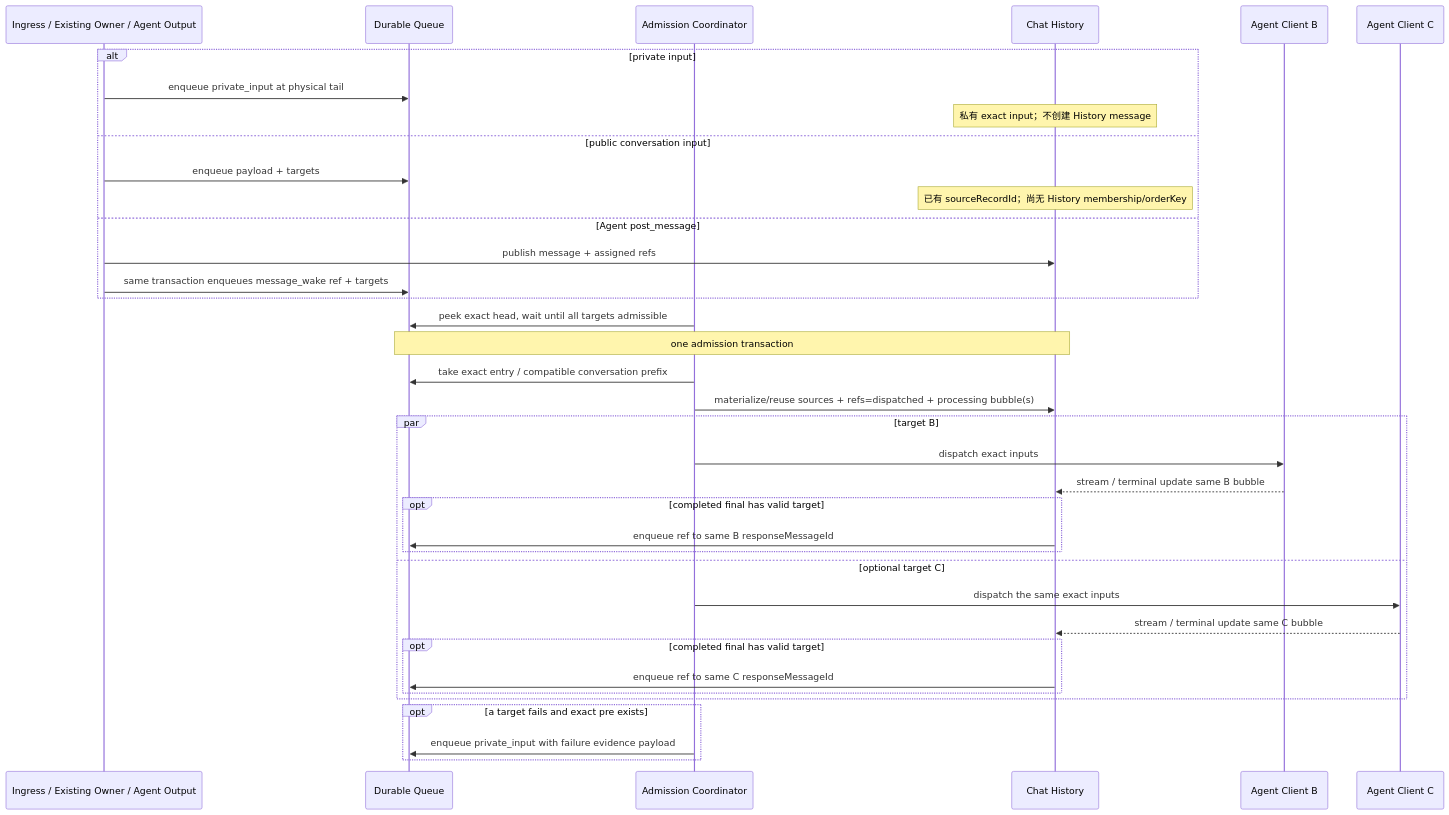
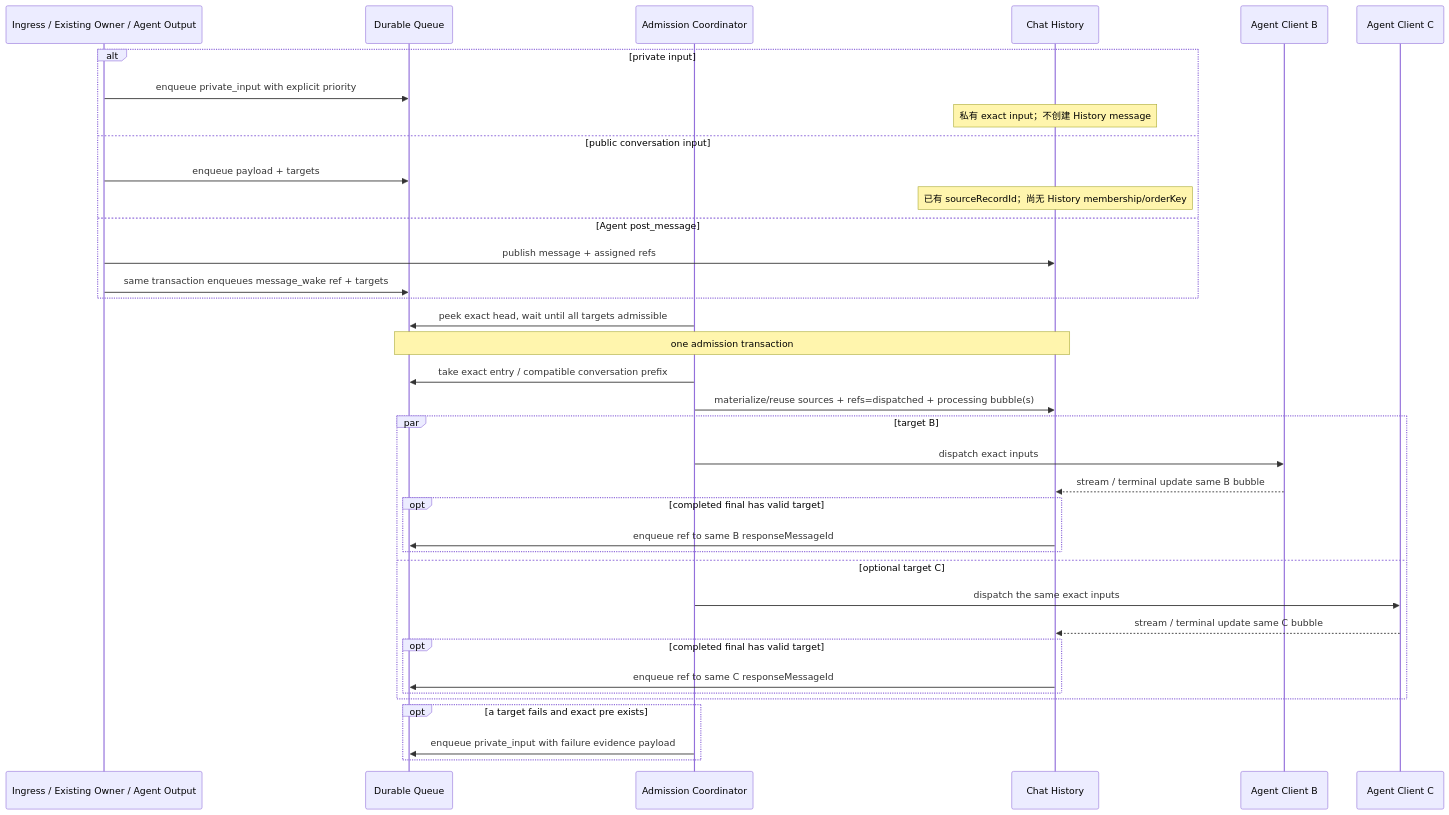
One commit to zts212653/clowder-ai changed the eighth of 8 diagrams in docs/architecture/message-delivery-handling-handoff-audit.md. Above: the diagram before and after it, drawn with Mermaid. The commit also changed other lines of this file, not shown here.

First line of the commit message:
docs(architecture): clarify Queue lifecycle contracts

````diff
--- a/docs/architecture/message-delivery-handling-handoff-audit.md
+++ b/docs/architecture/message-delivery-handling-handoff-audit.md
@@ -681,40 +700,40 @@
 ```mermaid
 sequenceDiagram
     participant I as Ingress / Existing Owner / Agent Output
     participant Q as Durable Queue
     participant S as Admission Coordinator
     participant H as Chat History
     participant B as Agent Client B
     participant C as Agent Client C
 
     alt private input
-        I->>Q: enqueue private_input at physical tail
+        I->>Q: enqueue private_input with explicit priority
         Note over H: 私有 exact input；不创建 History message
     else public conversation input
         I->>Q: enqueue payload + targets
         Note over H: 已有 sourceRecordId；尚无 History membership/orderKey
     else Agent post_message
         I->>H: publish message + assigned refs
         I->>Q: same transaction enqueues message_wake ref + targets
     end
     S->>Q: peek exact head, wait until all targets admissible
     Note over Q,H: one admission transaction
     S->>Q: take exact entry / compatible conversation prefix
     S->>H: materialize/reuse sources + refs=dispatched + processing bubble(s)
     par target B
         S->>B: dispatch exact inputs
         B-->>H: stream / terminal update same B bubble
         opt completed final has valid target
             H->>Q: enqueue ref to same B responseMessageId
         end
     and optional target C
         S->>C: dispatch the same exact inputs
         C-->>H: stream / terminal update same C bubble
         opt completed final has valid target
             H->>Q: enqueue ref to same C responseMessageId
         end
     end
     opt a target fails and exact pre exists
         S->>Q: enqueue private_input with failure evidence payload
     end
 ```
````
